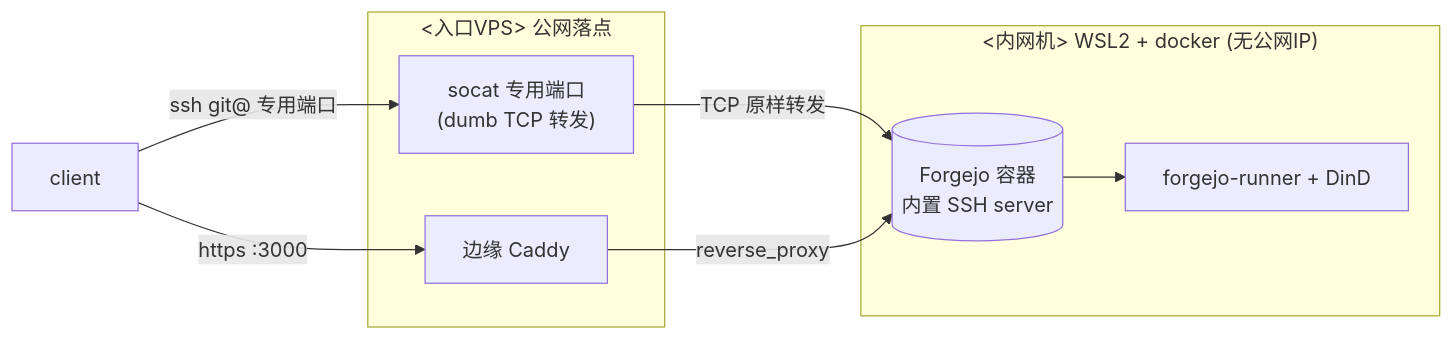
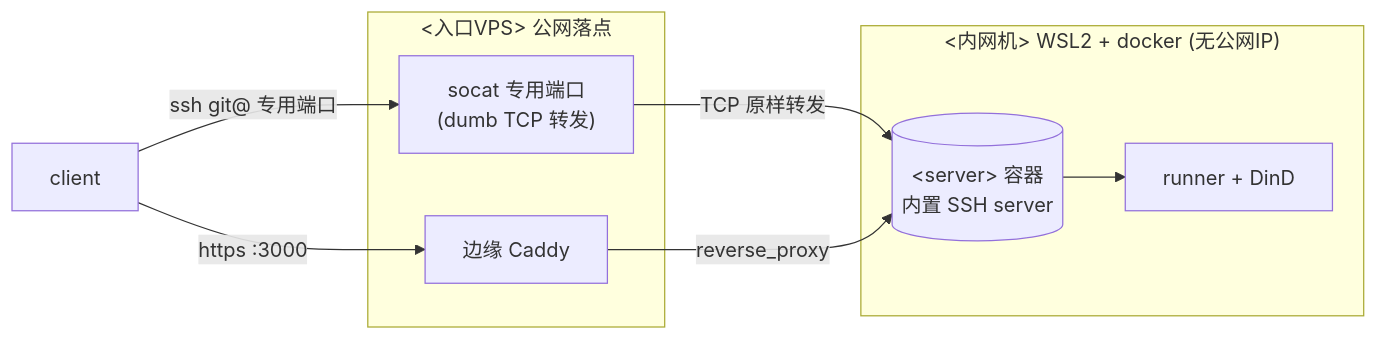
Before and after one commit to TMYTiMidlY/skills: the first of 2 diagrams in skills/.curated/software/references/git-server.md, drawn with Mermaid. The commit also changed other lines of this file, not shown here.

First line of the commit message:
docs(software/git-server): 重构为 Forgejo/Gitea 双栈平权指南（源码核实）

````diff
--- a/skills/.curated/software/references/git-server.md
+++ b/skills/.curated/software/references/git-server.md
@@ -61,21 +153,21 @@
 ```mermaid
 flowchart LR
     C[client]
 
     subgraph VPS["#60;入口VPS#62; 公网落点"]
         FWD2["socat 专用端口<br/>(dumb TCP 转发)"]
         CADDY[边缘 Caddy]
     end
 
     subgraph NEI["#60;内网机#62; WSL2 + docker (无公网IP)"]
-        FG[(Forgejo 容器<br/>内置 SSH server)]
-        RUN[forgejo-runner + DinD]
+        FG[(#60;server#62; 容器<br/>内置 SSH server)]
+        RUN[runner + DinD]
     end
 
     C -- "ssh git@ 专用端口" --> FWD2
     C -- "https :3000" --> CADDY
 
     FWD2 -- "TCP 原样转发" --> FG
     CADDY -- "reverse_proxy" --> FG
     FG --> RUN
 ```
````
